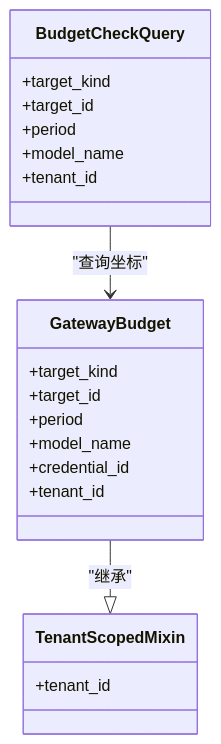
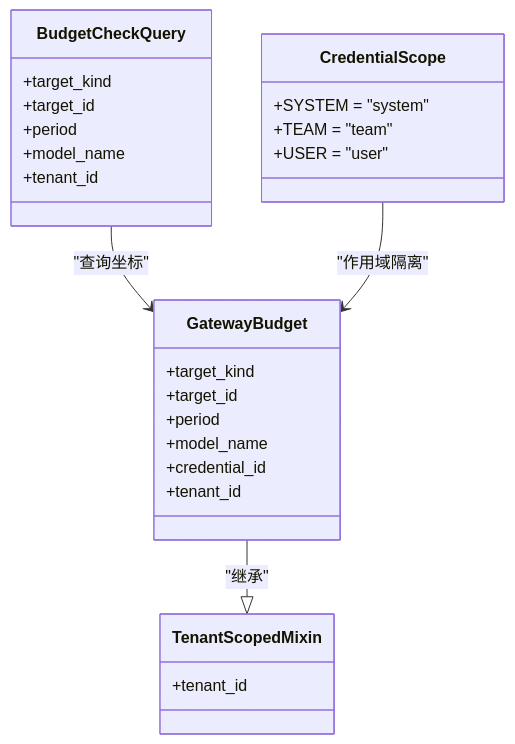
One commit to tianyehedashu/ai-agent changed diagram 13 of 17 in .qoder/repowiki/zh/content/网关服务架构/成本控制与配额.md. Above: the diagram before and after it, drawn with Mermaid. The commit also changed other lines of this file and 50 other files, not shown here.

````diff
--- a/.qoder/repowiki/zh/content/网关服务架构/成本控制与配额.md
+++ b/.qoder/repowiki/zh/content/网关服务架构/成本控制与配额.md
@@ -482,23 +1028,29 @@
 ```mermaid
 classDiagram
 class TenantScopedMixin {
 +tenant_id
 }
 class GatewayBudget {
 +target_kind
 +target_id
 +period
 +model_name
 +credential_id
 +tenant_id
 }
 class BudgetCheckQuery {
 +target_kind
 +target_id
 +period
 +model_name
 +tenant_id
 }
+class CredentialScope {
++SYSTEM = "system"
++TEAM = "team"
++USER = "user"
+}
 GatewayBudget --|> TenantScopedMixin : "继承"
 BudgetCheckQuery --> GatewayBudget : "查询坐标"
+CredentialScope --> GatewayBudget : "作用域隔离"
 ```
````
